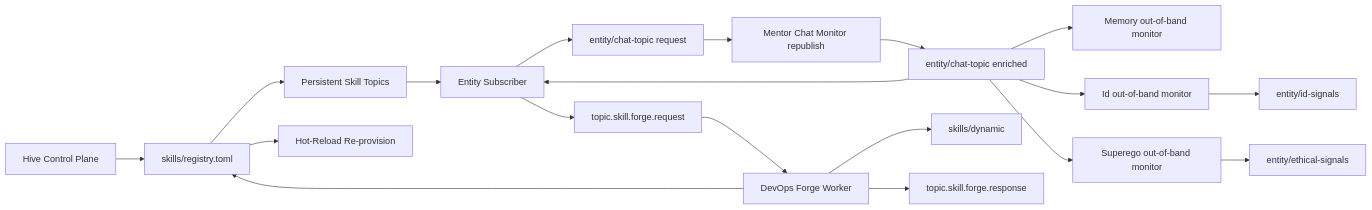
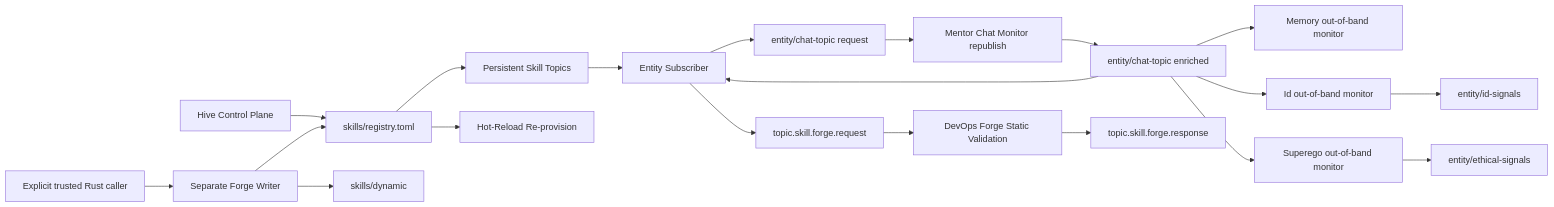
The diagram in documents/ARCHITECTURE_SKILL_TOPOLOGY_AND_FORGE.md (jbcupps/abigail), drawn with Mermaid before and after one commit. The commit also changed other lines of this file and 14 other files, not shown here.

````diff
--- a/documents/ARCHITECTURE_SKILL_TOPOLOGY_AND_FORGE.md
+++ b/documents/ARCHITECTURE_SKILL_TOPOLOGY_AND_FORGE.md
@@ -126,21 +131,22 @@
 ```mermaid
 flowchart LR
     Hive[Hive Control Plane] --> Registry[skills/registry.toml]
     Registry --> Topics[Persistent Skill Topics]
     Topics --> Entity[Entity Subscriber]
     Entity --> ChatReq[entity/chat-topic request]
     ChatReq --> Mentor[Mentor Chat Monitor republish]
     Mentor --> ChatEnriched[entity/chat-topic enriched]
     ChatEnriched --> Entity
     ChatEnriched --> MemoryOob[Memory out-of-band monitor]
     ChatEnriched --> IdOob[Id out-of-band monitor]
     ChatEnriched --> SuperegoOob[Superego out-of-band monitor]
     IdOob --> IdSignals[entity/id-signals]
     SuperegoOob --> EthicalSignals[entity/ethical-signals]
     Entity --> ForgeReq[topic.skill.forge.request]
-    ForgeReq --> ForgeWorker[DevOps Forge Worker]
-    ForgeWorker --> Dynamic[skills/dynamic]
-    ForgeWorker --> Registry
+    ForgeReq --> ForgeWorker[DevOps Forge Static Validation]
+    HostCaller[Explicit trusted Rust caller] --> Writer[Separate Forge Writer]
+    Writer --> Dynamic[skills/dynamic]
+    Writer --> Registry
     Registry --> Watcher[Hot-Reload Re-provision]
     ForgeWorker --> ForgeResp[topic.skill.forge.response]
 ```
````
